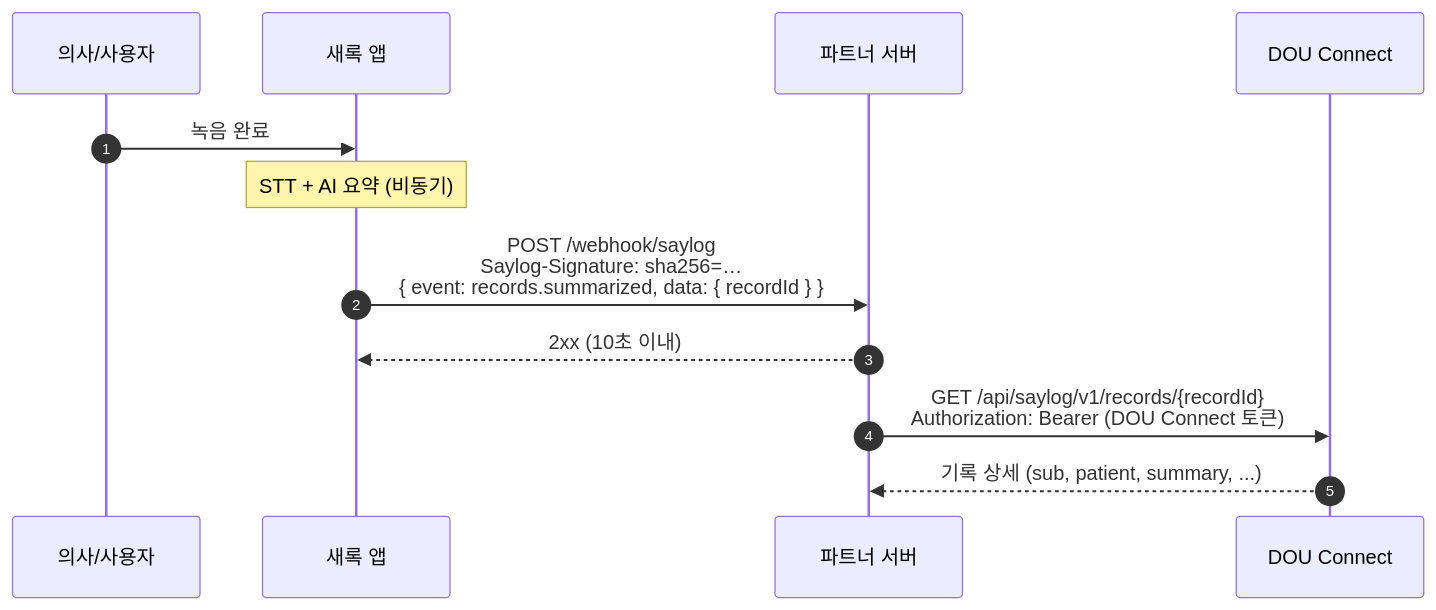
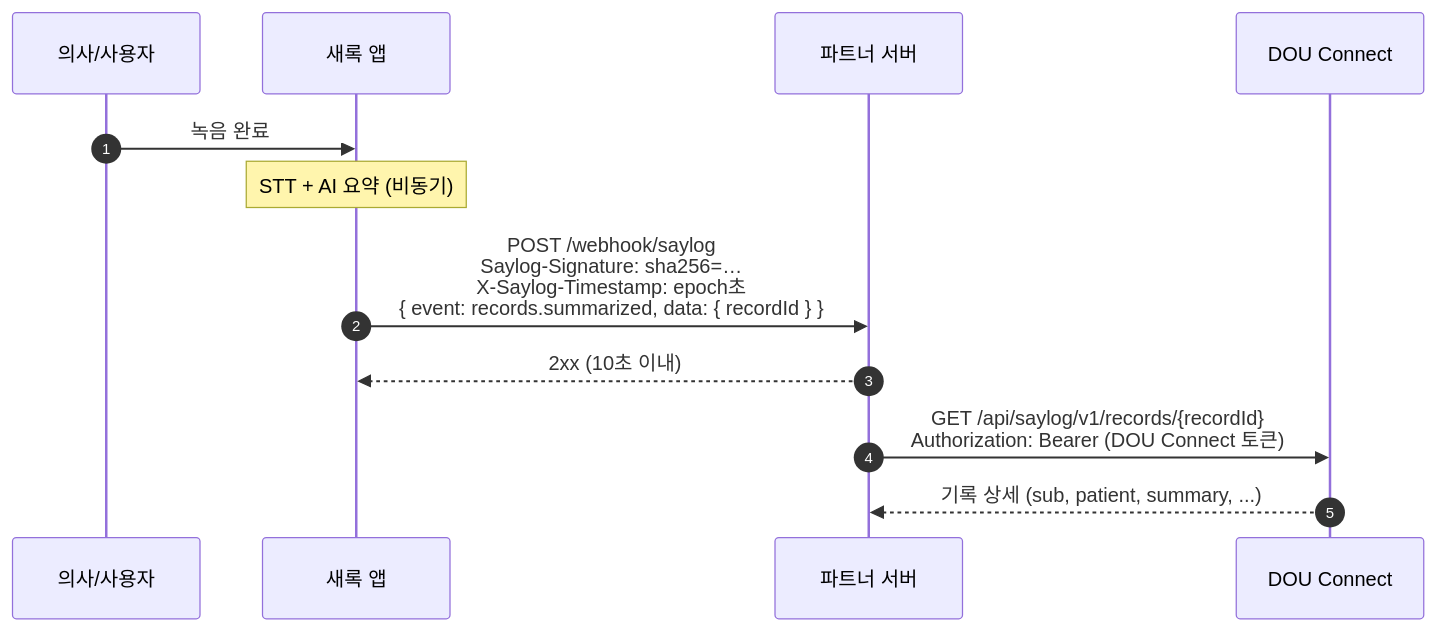
One commit to douinc/dou-connect-sample changed the third of 3 diagrams in README.md. Above: the diagram before and after it, drawn with Mermaid. The commit also changed other lines of this file and 4 other files, not shown here.

````diff
--- a/README.md
+++ b/README.md
@@ -104,15 +104,15 @@
 ```mermaid
 sequenceDiagram
     autonumber
     participant U as 의사/사용자
     participant App as 새록 앱
     participant P as 파트너 서버
     participant C as DOU Connect
 
     U->>App: 녹음 완료
     Note over App: STT + AI 요약 (비동기)
-    App->>P: POST /webhook/saylog<br/>Saylog-Signature: sha256=…<br/>{ event: records.summarized, data: { recordId } }
+    App->>P: POST /webhook/saylog<br/>Saylog-Signature: sha256=…<br/>X-Saylog-Timestamp: epoch초<br/>{ event: records.summarized, data: { recordId } }
     P-->>App: 2xx (10초 이내)
     P->>C: GET /api/saylog/v1/records/{recordId}<br/>Authorization: Bearer (DOU Connect 토큰)
     C-->>P: 기록 상세 (sub, patient, summary, ...)
 ```
````
